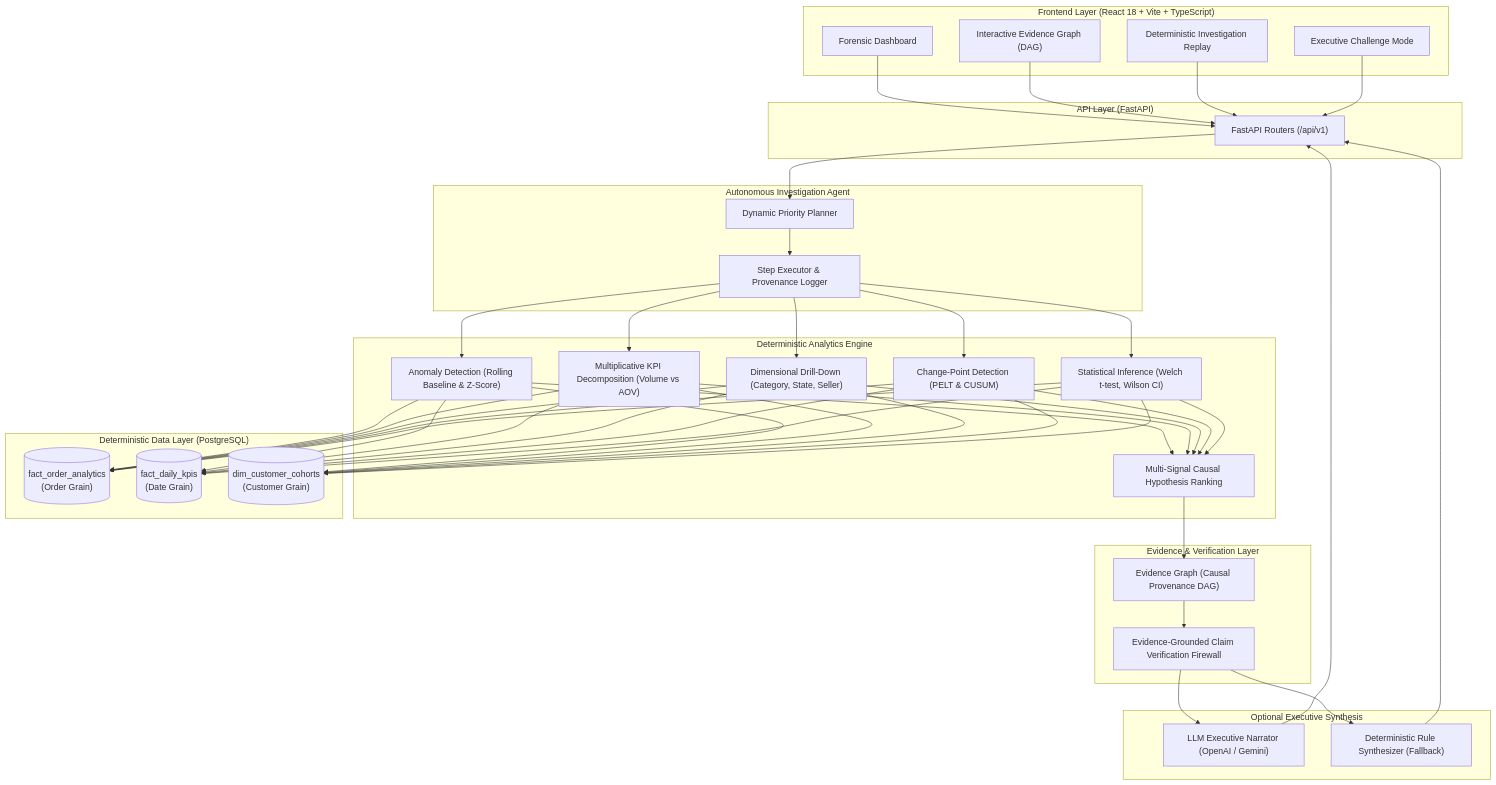
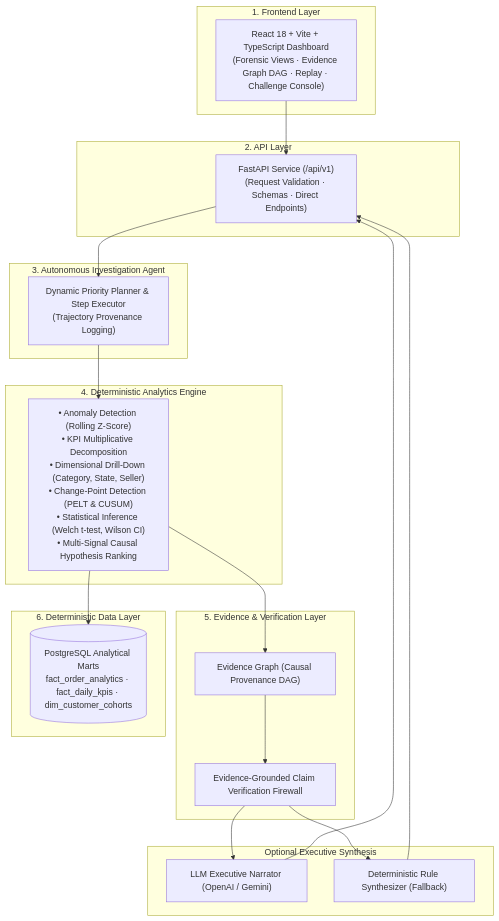
Before and after one commit to Ishita-1408/RootCause-AI: the diagram in README.md, drawn with Mermaid. The commit also changed other lines of this file and 1 other file, not shown here.

````diff
--- a/README.md
+++ b/README.md
@@ -92,54 +91,41 @@
 ```mermaid
 flowchart TD
-    subgraph Client ["Frontend Layer (React 18 + Vite + TypeScript)"]
-        UI["Forensic Dashboard"]
-        GraphUI["Interactive Evidence Graph (DAG)"]
-        ReplayUI["Deterministic Investigation Replay"]
-        ChallengeUI["Executive Challenge Mode"]
+    subgraph Client ["1. Frontend Layer"]
+        UI["React 18 + Vite + TypeScript Dashboard\n(Forensic Views · Evidence Graph DAG · Replay · Challenge Console)"]
     end
 
-    subgraph API ["API Layer (FastAPI)"]
-        Router["FastAPI Routers (/api/v1)"]
+    subgraph API ["2. API Layer"]
+        Router["FastAPI Service (/api/v1)\n(Request Validation · Schemas · Direct Endpoints)"]
     end
 
-    subgraph Agent ["Autonomous Investigation Agent"]
-        Planner["Dynamic Priority Planner"]
-        Executor["Step Executor & Provenance Logger"]
+    subgraph Agent ["3. Autonomous Investigation Agent"]
+        Planner["Dynamic Priority Planner & Step Executor\n(Trajectory Provenance Logging)"]
     end
 
-    subgraph Analytics ["Deterministic Analytics Engine"]
-        Anomaly["Anomaly Detection (Rolling Baseline & Z-Score)"]
-        Decomp["Multiplicative KPI Decomposition (Volume vs AOV)"]
-        Drill["Dimensional Drill-Down (Category, State, Seller)"]
-        ChangePoint["Change-Point Detection (PELT & CUSUM)"]
-        StatEngine["Statistical Inference (Welch t-test, Wilson CI)"]
-        Ranker["Multi-Signal Causal Hypothesis Ranking"]
+    subgraph Analytics ["4. Deterministic Analytics Engine"]
+        Engine["• Anomaly Detection (Rolling Z-Score)\n• KPI Multiplicative Decomposition\n• Dimensional Drill-Down (Category, State, Seller)\n• Change-Point Detection (PELT & CUSUM)\n• Statistical Inference (Welch t-test, Wilson CI)\n• Multi-Signal Causal Hypothesis Ranking"]
     end
 
-    subgraph GraphLayer ["Evidence & Verification Layer"]
+    subgraph Evidence ["5. Evidence & Verification Layer"]
         DAG["Evidence Graph (Causal Provenance DAG)"]
         Firewall["Evidence-Grounded Claim Verification Firewall"]
     end
 
-    subgraph Storage ["Deterministic Data Layer (PostgreSQL)"]
-        Marts[("fact_order_analytics\n(Order Grain)")]
-        DailyKPIs[("fact_daily_kpis\n(Date Grain)")]
-        Cohorts[("dim_customer_cohorts\n(Customer Grain)")]
+    subgraph Storage ["6. Deterministic Data Layer"]
+        DB[("PostgreSQL Analytical Marts\nfact_order_analytics · fact_daily_kpis · dim_customer_cohorts")]
     end
 
     subgraph Synthesis ["Optional Executive Synthesis"]
         LLM["LLM Executive Narrator (OpenAI / Gemini)"]
         Fallback["Deterministic Rule Synthesizer (Fallback)"]
     end
 
-    UI & GraphUI & ReplayUI & ChallengeUI --> Router
+    UI --> Router
     Router --> Planner
-    Planner --> Executor
-    Executor --> Anomaly & Decomp & Drill & ChangePoint & StatEngine
-    Anomaly & Decomp & Drill & ChangePoint & StatEngine --> Marts & DailyKPIs & Cohorts
-    Anomaly & Decomp & Drill & ChangePoint & StatEngine --> Ranker
-    Ranker --> DAG
+    Planner --> Engine
+    Engine --> DB
+    Engine --> DAG
     DAG --> Firewall
     Firewall --> LLM & Fallback
     LLM & Fallback --> Router
 ```
````
